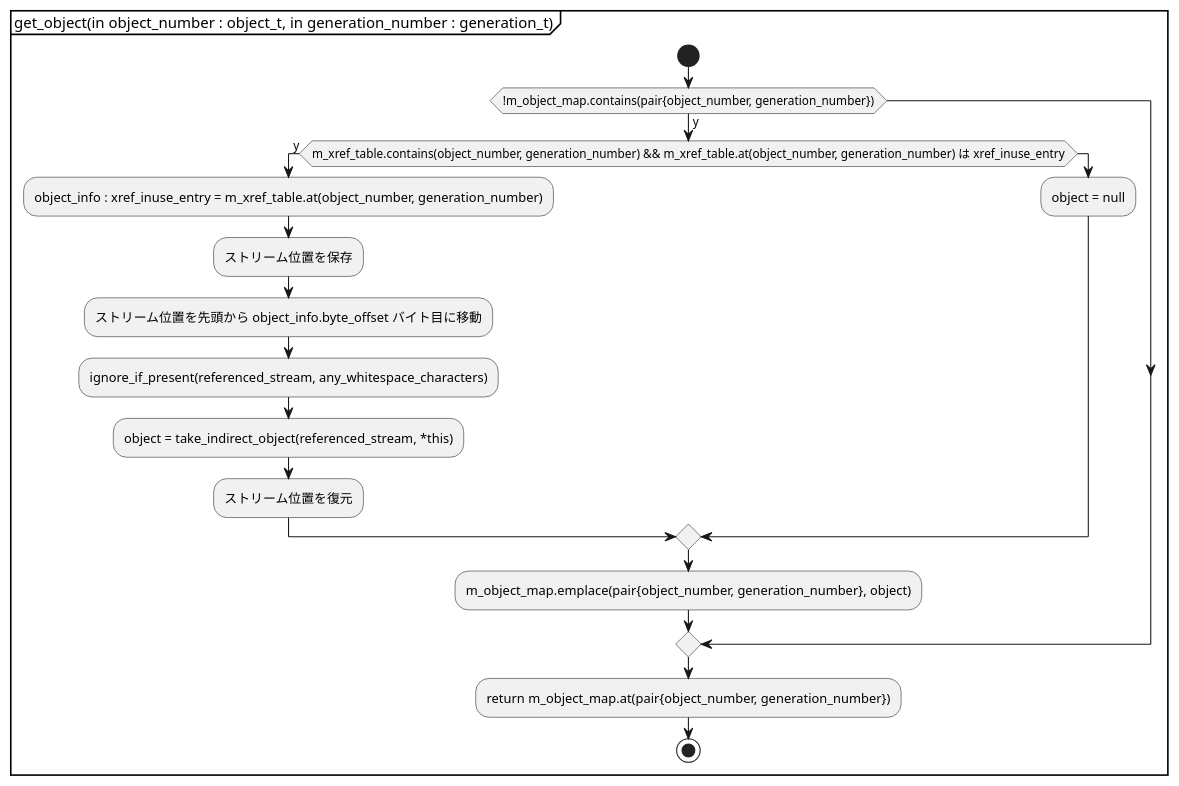
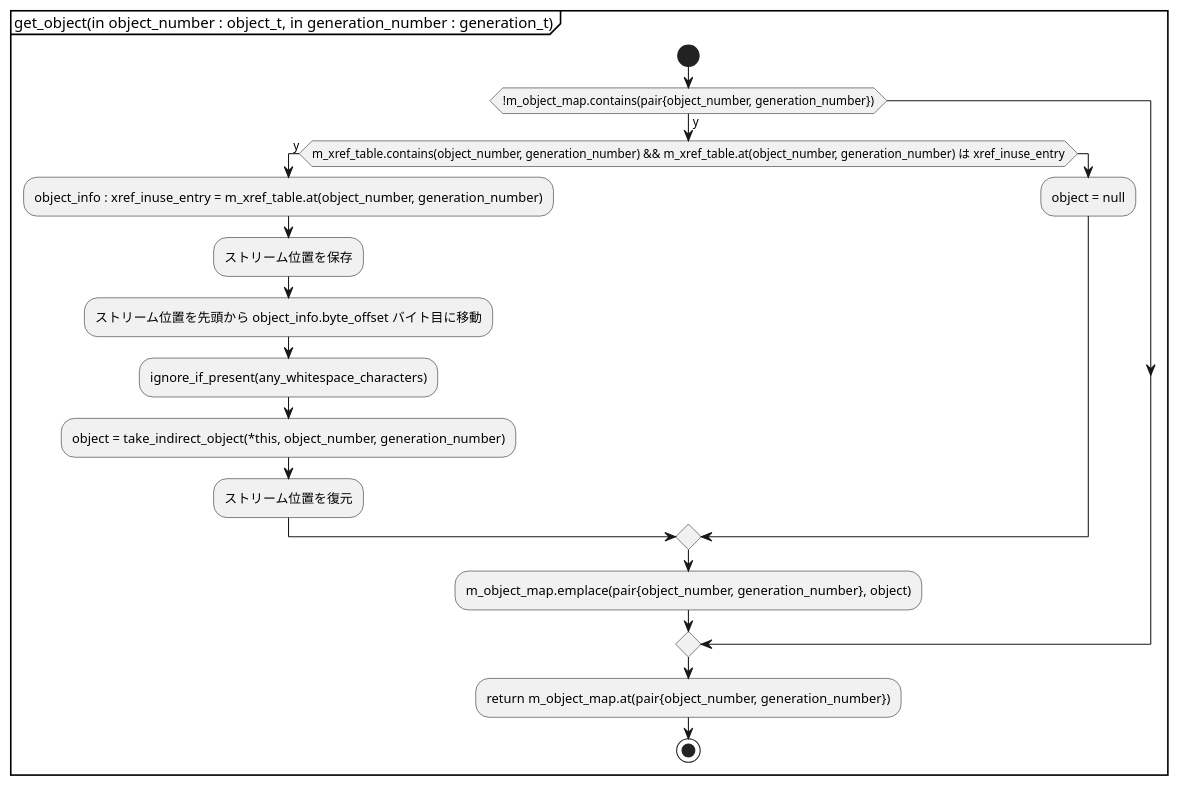
Before and after one commit to KodaiYM/PDFReader: the fourth of 4 diagrams in document/object_pool.activity.pu, drawn with PlantUML. The commit also changed other lines of this file and 3 other files, not shown here.

```diff
--- a/document/object_pool.activity.pu
+++ b/document/object_pool.activity.pu
@@ -30,21 +30,21 @@
 @startuml get_object
 partition "get_object(in object_number : object_t, in generation_number : generation_t)" {
 start
 	if (!m_object_map.contains(pair{object_number, generation_number})) then (y)
 		if (m_xref_table.contains(object_number, generation_number) && m_xref_table.at(object_number, generation_number) は xref_inuse_entry) then (y)
 			:object_info : xref_inuse_entry = m_xref_table.at(object_number, generation_number);
 			:ストリーム位置を保存;
 			:ストリーム位置を先頭から object_info.byte_offset バイト目に移動;
-			:ignore_if_present(referenced_stream, any_whitespace_characters);
-			:object = take_indirect_object(referenced_stream, *this);
+			:ignore_if_present(any_whitespace_characters);
+			:object = take_indirect_object(*this, object_number, generation_number);
 			:ストリーム位置を復元;
 		else
 			:object = null;
 		endif
 		:m_object_map.emplace(pair{object_number, generation_number}, object);
 	endif
 
 	:return m_object_map.at(pair{object_number, generation_number});
 stop
 }
 @enduml
```
